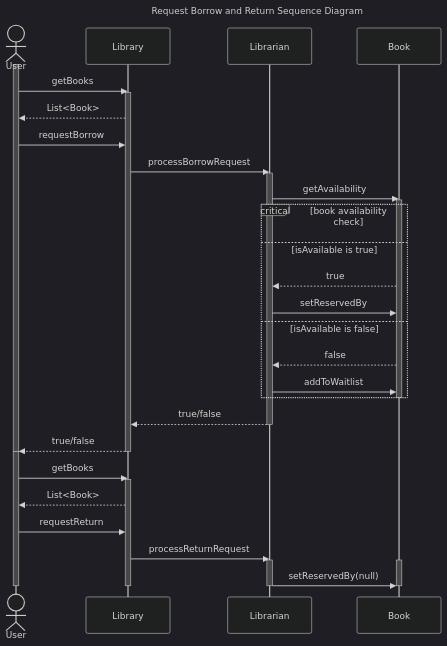
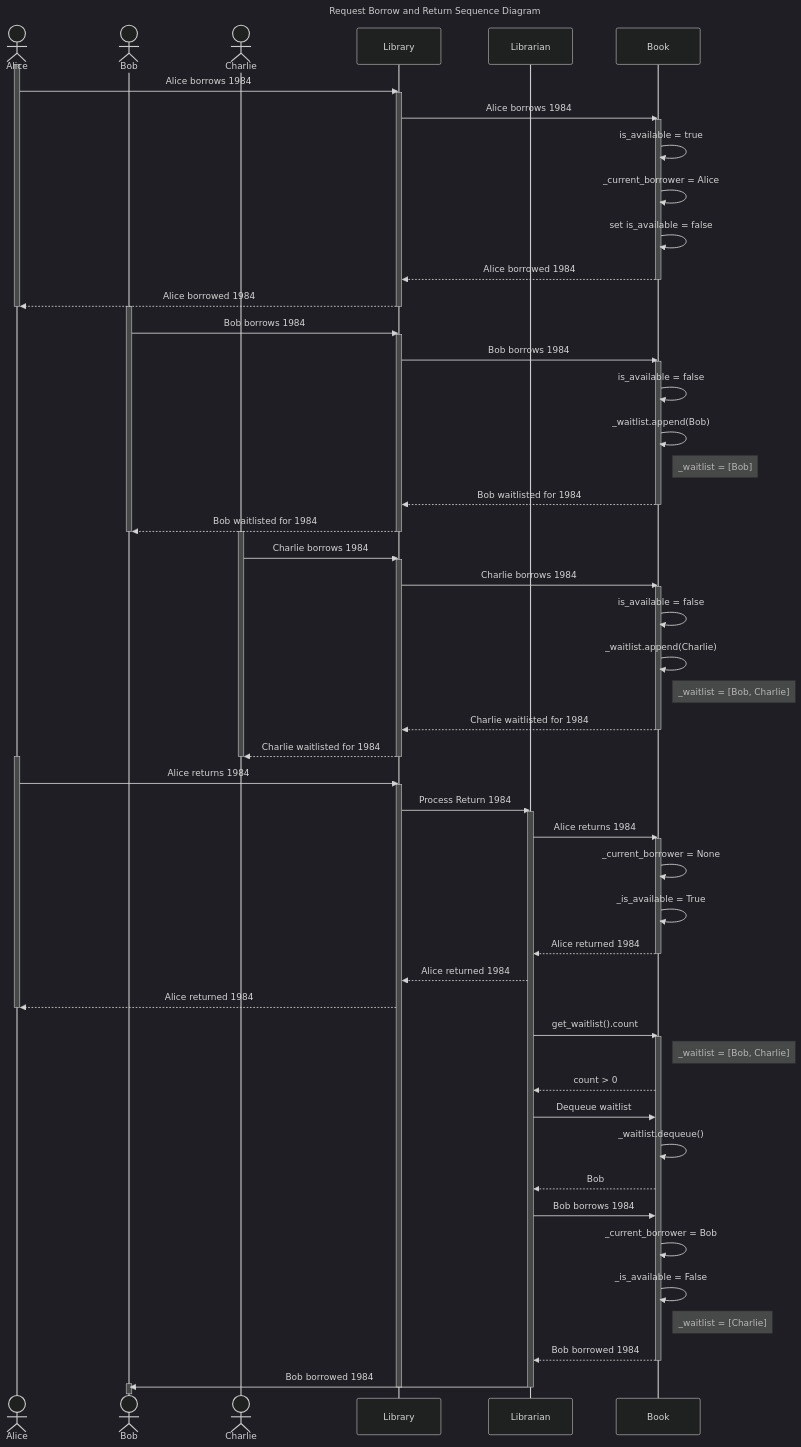
One commit to BetterLordWilliam/comp7082-system-modeling-lab changed the diagram in docs/sequence-diagram.mmd. Above: the diagram before and after it, drawn with Mermaid (dark theme).

Commit message:
WO: corrected the sequence diagram, TODO update the class diagram field names to be consistent w/ the python style.

```diff
--- a/docs/sequence-diagram.mmd
+++ b/docs/sequence-diagram.mmd
@@ -1,47 +1,129 @@
 ---
 title: Request Borrow and Return Sequence Diagram
 ---
 sequenceDiagram
-    actor User
+    actor Alice
+    actor Bob
+    actor Charlie
 
     participant Library
     participant Librarian
     participant Book
 
-    activate User
-    User ->> Library: getBooks
+    %% activate User
+    %% User ->> Library: getBooks
+    %% activate Library
+    %% Library -->> User: List<Book>
+    %% User ->> Library: requestBorrow
+    %% Library ->> Librarian: processBorrowRequest
+    %% activate Librarian
+    %% Librarian ->> Book: getAvailability
+    %% activate Book
+    %% critical book availability check
+    %% option isAvailable is true
+    %%     Book -->> Librarian: true
+    %%     Librarian ->> Book: setReservedBy
+    %% option isAvailable is false
+    %%     Book -->> Librarian: false
+    %%     Librarian ->> Book: addToWaitlist
+    %% end
+    %% deactivate Book
+    %% Librarian -->> Library: true/false
+    %% deactivate Librarian
+    %% Library -->> User: true/false
+    %% deactivate Library
+    %% deactivate User
+
+    %% activate User
+    %% User ->> Library: getBooks
+    %% activate Library
+    %% Library -->> User: List<Book>
+    %% User ->> Library: requestReturn
+    %% Library ->> Librarian: processReturnRequest
+    %% activate Librarian
+    %% activate Book
+    %% Librarian ->> Book: setReservedBy(null)
+    %% deactivate Book
+    %% deactivate Librarian
+    %% deactivate Library
+    %% deactivate User
+
+    activate Alice
+    Alice ->> Library: Alice borrows 1984
     activate Library
-    Library -->> User: List<Book>
-    User ->> Library: requestBorrow
-    Library ->> Librarian: processBorrowRequest
+    Library ->> Book: Alice borrows 1984
+    activate Book
+    Book ->> Book: is_available = true
+    Book ->> Book: _current_borrower = Alice
+    Book ->> Book: set is_available = false
+    Book -->>Library: Alice borrowed 1984
+    deactivate Book
+    Library -->> Alice: Alice borrowed 1984
+    deactivate Library
+    deactivate Alice
+
+    activate Bob
+    Bob ->> Library: Bob borrows 1984
+    activate Library
+    Library ->> Book: Bob borrows 1984
+    activate Book
+    Book ->> Book: is_available = false
+    Book ->> Book: _waitlist.append(Bob)
+    Note right of Book: _waitlist = [Bob]
+    Book -->>Library: Bob waitlisted for 1984
+    deactivate Book
+    Library -->> Bob: Bob waitlisted for 1984
+    deactivate Library
+    deactivate Bob
+
+    activate Charlie
+    Charlie ->> Library: Charlie borrows 1984
+    activate Library
+    Library ->> Book: Charlie borrows 1984
+    activate Book
+    Book ->> Book: is_available = false
+    Book ->> Book: _waitlist.append(Charlie)
+    Note right of Book: _waitlist = [Bob, Charlie]
+    Book -->>Library: Charlie waitlisted for 1984
+    deactivate Book
+    Library -->> Charlie: Charlie waitlisted for 1984
+    deactivate Library
+    deactivate Charlie
+
+    activate Alice
+    Alice ->> Library: Alice returns 1984
+    activate Library
+    Library ->> Librarian: Process Return 1984
     activate Librarian
-    Librarian ->> Book: getAvailability
+    Librarian ->> Book: Alice returns 1984
     activate Book
-    critical book availability check
-    option isAvailable is true
-        Book -->> Librarian: true
-        Librarian ->> Book: setReservedBy
-    option isAvailable is false
-        Book -->> Librarian: false
-        Librarian ->> Book: addToWaitlist
-    end
+    Book ->> Book: _current_borrower = None
+    Book ->> Book: _is_available = True
+    Book -->> Librarian: Alice returned 1984
     deactivate Book
-    Librarian -->> Library: true/false
-    deactivate Librarian
-    Library -->> User: true/false
-    deactivate Library
-    deactivate User
+    Librarian -->> Library: Alice returned 1984
+    Library -->> Alice: Alice returned 1984
+    deactivate Alice
 
-    activate User
-    User ->> Library: getBooks
-    activate Library
-    Library -->> User: List<Book>
-    User ->> Library: requestReturn
-    Library ->> Librarian: processReturnRequest
-    activate Librarian
+    Librarian ->> Book: get_waitlist().count
     activate Book
-    Librarian ->> Book: setReservedBy(null)
+    Note right of Book: _waitlist = [Bob, Charlie]
+    Book -->> Librarian: count > 0
+
+    Librarian ->> Book: Dequeue waitlist
+    Book ->> Book: _waitlist.dequeue()
+    Book -->> Librarian: Bob
+
+    Librarian ->> Book: Bob borrows 1984
+    Book ->> Book: _current_borrower = Bob
+    Book ->> Book: _is_available = False
+    Note right of Book: _waitlist = [Charlie]
+    Book -->> Librarian: Bob borrowed 1984
     deactivate Book
+
+    Librarian ->> Bob: Bob borrowed 1984
+    activate Bob
+    deactivate Bob
+
     deactivate Librarian
     deactivate Library
-    deactivate User
```
